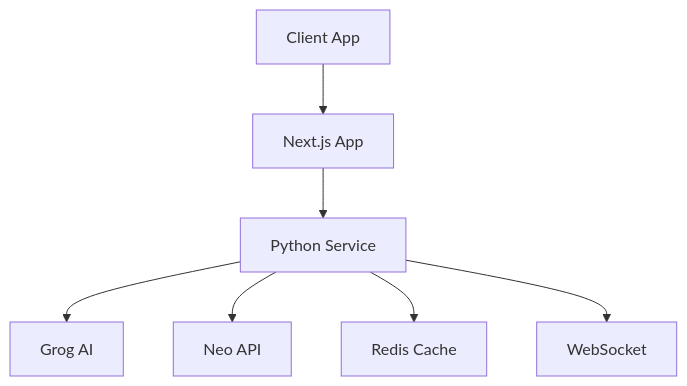
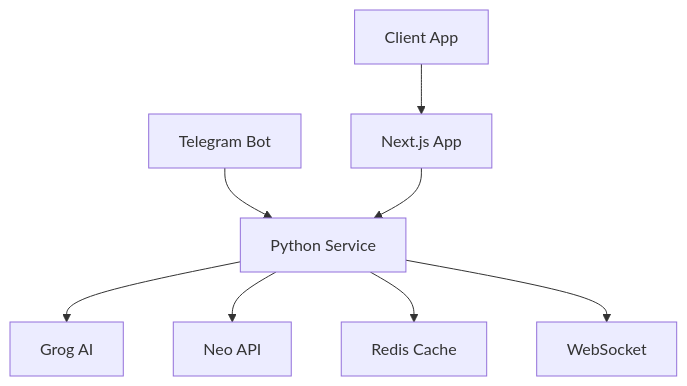
Before and after one commit to p0staltomsk/project9: the diagram in README.md, drawn with Mermaid. The commit also changed other lines of this file and 1 other file, not shown here.

````diff
--- a/README.md
+++ b/README.md
@@ -100,9 +110,10 @@
 ```mermaid
 graph TD
     Client[Client App] --> NextJS[Next.js App]
+    TelegramBot[Telegram Bot] --> SERVICE
     NextJS --> SERVICE[Python Service]
     SERVICE --> GrogAPI[Grog AI]
     SERVICE --> NeoAPI[Neo API]
     SERVICE --> Redis[Redis Cache]
     SERVICE --> WebSocket[WebSocket]
 ```
````
